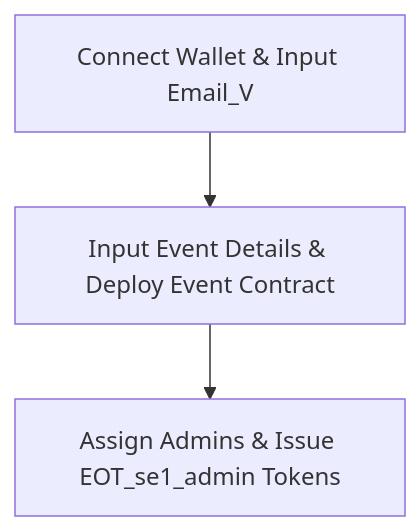
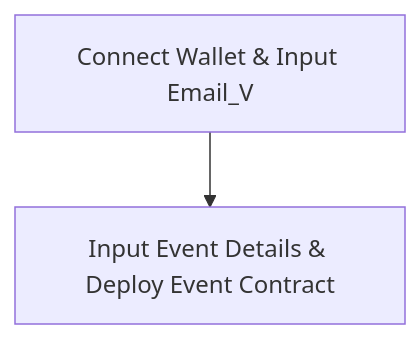
The sixth of 10 diagrams in FLOWS.md (AlphaWallet/EEVY), drawn with Mermaid before and after one commit. The commit also changed other lines of this file and 1 other file, not shown here.

Commit message:
updated flow to remove EOT token for now

````diff
--- a/FLOWS.md
+++ b/FLOWS.md
@@ -91,8 +91,6 @@
 ```mermaid
 graph TB
   A[Connect Wallet & Input Email_V]
   B[Input Event Details & Deploy Event Contract]
-  C[Assign Admins & Issue EOT_se1_admin Tokens]
   A --> B
-  B --> C
 ```
````
